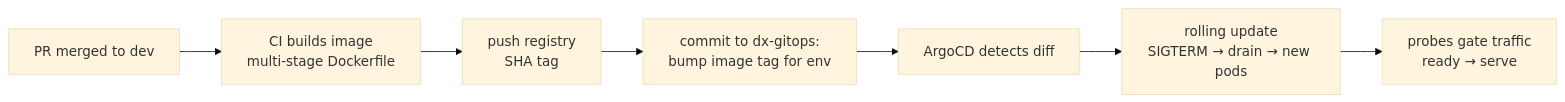
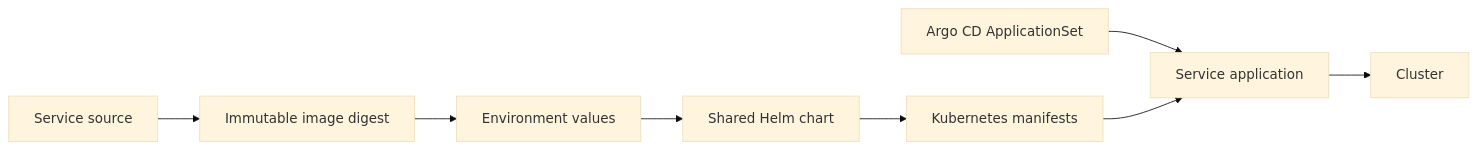
The diagram in docs/module-4-platform/08-deployment.md (datakaveri/go-learning), drawn with Mermaid (base theme) before and after one commit. The commit also changed other lines of this file and 117 other files, not shown here.

````diff
--- a/docs/module-4-platform/08-deployment.md
+++ b/docs/module-4-platform/08-deployment.md
@@ -31,9 +13,10 @@
-```mermaid
+~~~mermaid
 flowchart LR
-    A[PR merged to dev] --> B[CI builds image<br/>multi-stage Dockerfile]
-    B --> C[push registry<br/>SHA tag]
-    C --> D[commit to dx-gitops:<br/>bump image tag for env]
-    D --> E[ArgoCD detects diff]
-    E --> F[rolling update<br/>SIGTERM → drain → new pods]
-    F --> G[probes gate traffic<br/>ready → serve]
-```
+    Source[Service source] --> Image[Immutable image digest]
+    Values[Environment values] --> Chart[Shared Helm chart]
+    Image --> Values
+    Chart --> Manifests[Kubernetes manifests]
+    AppSet[Argo CD ApplicationSet] --> App[Service application]
+    Manifests --> App
+    App --> Cluster
+~~~
````
